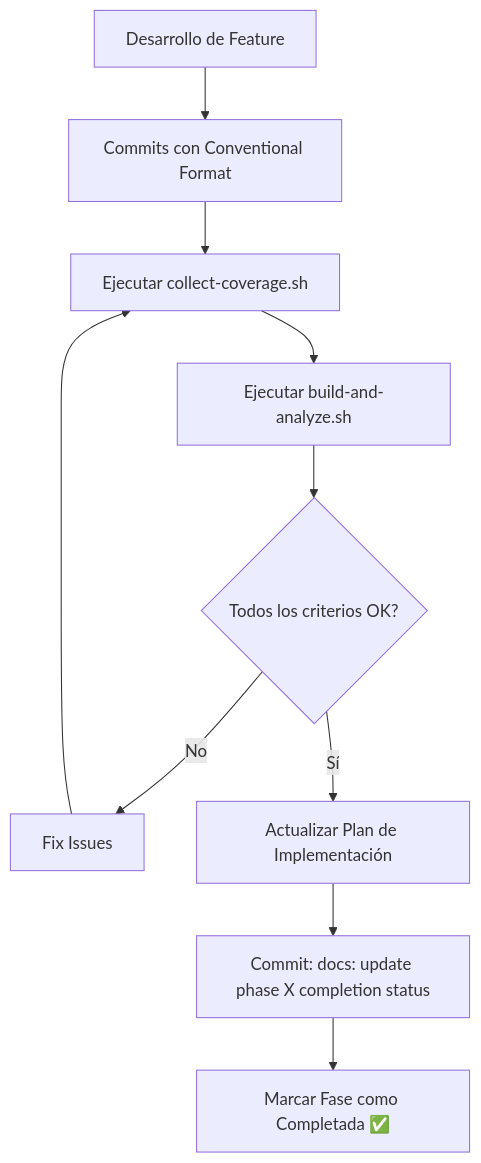
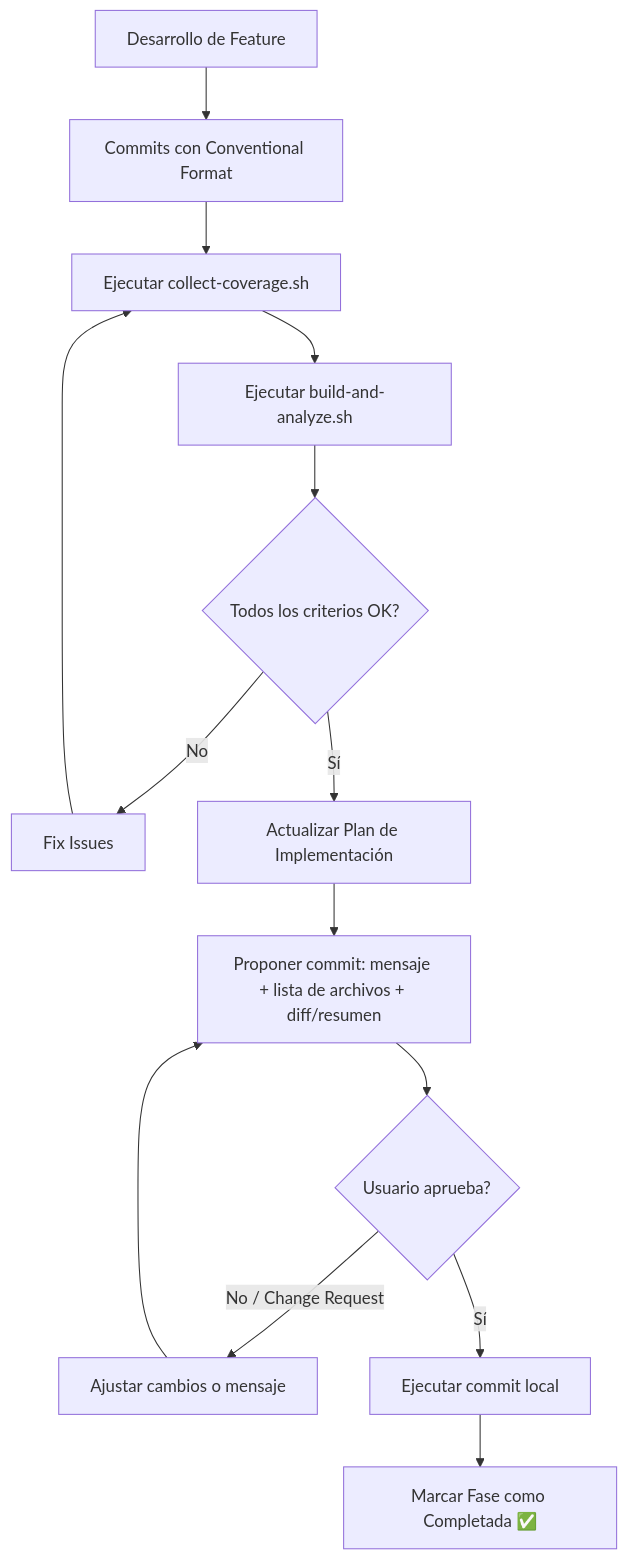
The diagram in docs/Implementation-Plan.md (Harol-Reina/AppCore), drawn with Mermaid before and after one commit. The commit also changed other lines of this file and 18 other files, not shown here.

````diff
--- a/docs/Implementation-Plan.md
+++ b/docs/Implementation-Plan.md
@@ -778,12 +853,16 @@
 ```mermaid
 flowchart TD
     A[Desarrollo de Feature] --> B[Commits con Conventional Format]
     B --> C[Ejecutar collect-coverage.sh]
     C --> D[Ejecutar build-and-analyze.sh]
     D --> E{Todos los criterios OK?}
     E -->|No| F[Fix Issues]
     F --> C
     E -->|Sí| G[Actualizar Plan de Implementación]
-    G --> H[Commit: docs: update phase X completion status]
-    H --> I[Marcar Fase como Completada ✅]
+    G --> H[Proponer commit: mensaje + lista de archivos + diff/resumen]
+    H --> I{Usuario aprueba?}
+    I --> |No / Change Request| J[Ajustar cambios o mensaje]
+    J --> H
+    I --> |Sí| K[Ejecutar commit local]
+    K --> L[Marcar Fase como Completada ✅]
 ```
````
